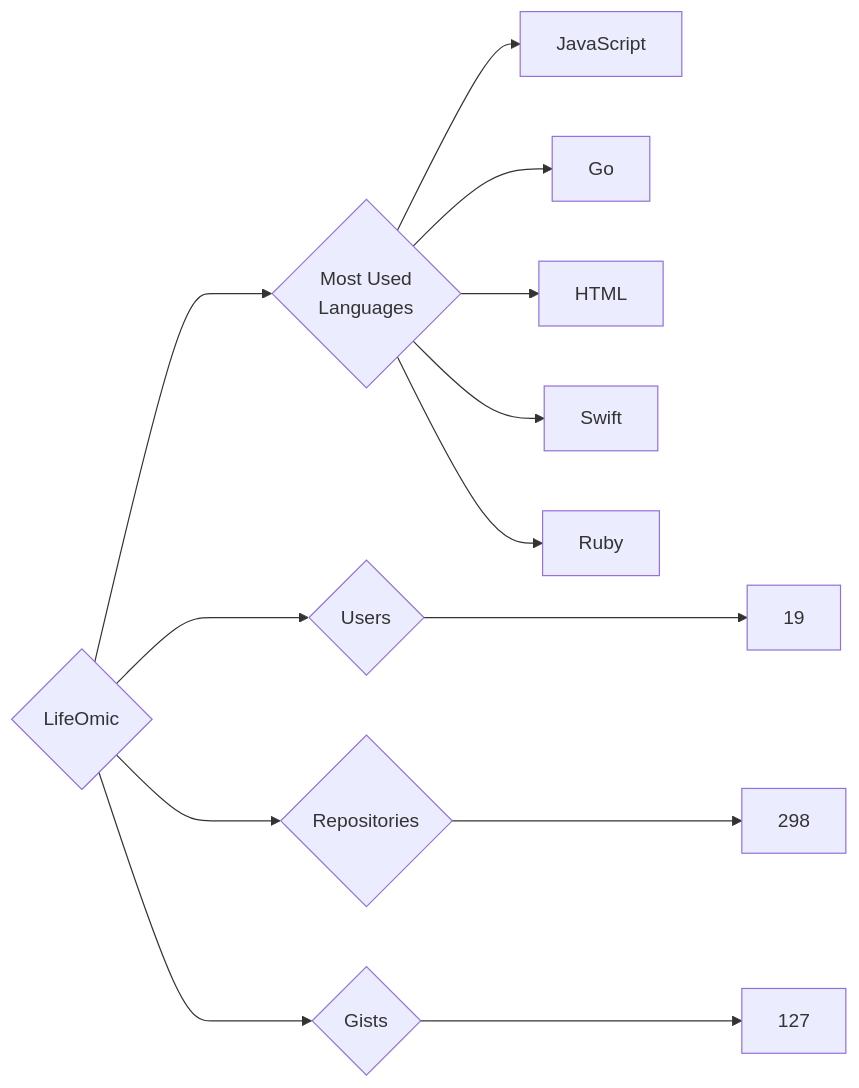
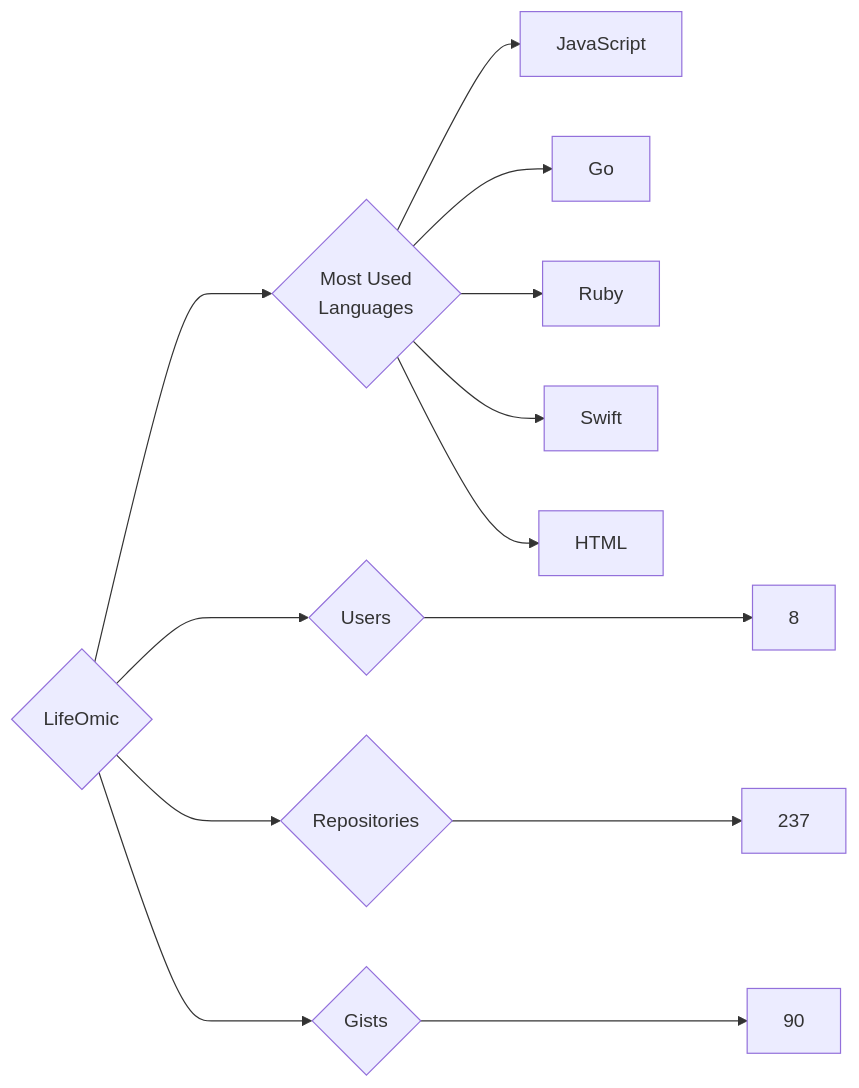
One commit to trickest/insiders changed the diagram in targets/LifeOmic/README.md. Above: the diagram before and after it, drawn with Mermaid. The commit also changed 837 other files, not shown here.

````diff
--- a/targets/LifeOmic/README.md
+++ b/targets/LifeOmic/README.md
@@ -3,13 +3,13 @@
 ```mermaid
 graph LR
 COMPANY_NAME{LifeOmic}
-COMPANY_NAME ---> U{Users} ---> UN[19]
-COMPANY_NAME ---> R{Repositories} ---> RN[298]
-COMPANY_NAME ---> G{Gists} ---> GN[127]
+COMPANY_NAME ---> U{Users} ---> UN[8]
+COMPANY_NAME ---> R{Repositories} ---> RN[237]
+COMPANY_NAME ---> G{Gists} ---> GN[90]
 COMPANY_NAME ---> ML{Most Used<br>Languages}
 ML --> JavaScript[JavaScript]
 ML --> Go[Go]
+ML --> Ruby[Ruby]
+ML --> Swift[Swift]
 ML --> HTML[HTML]
-ML --> Swift[Swift]
-ML --> Ruby[Ruby]
 ```
````
